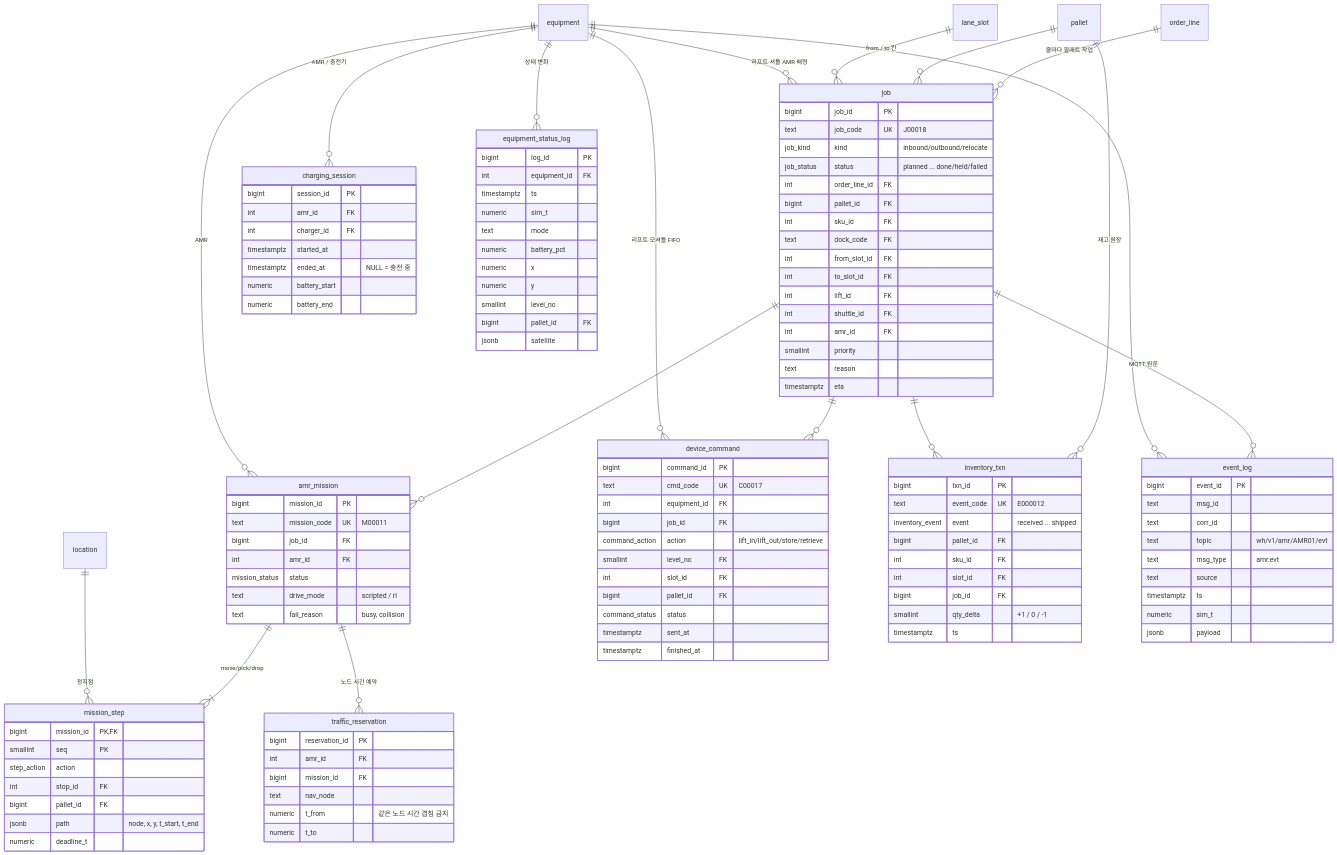
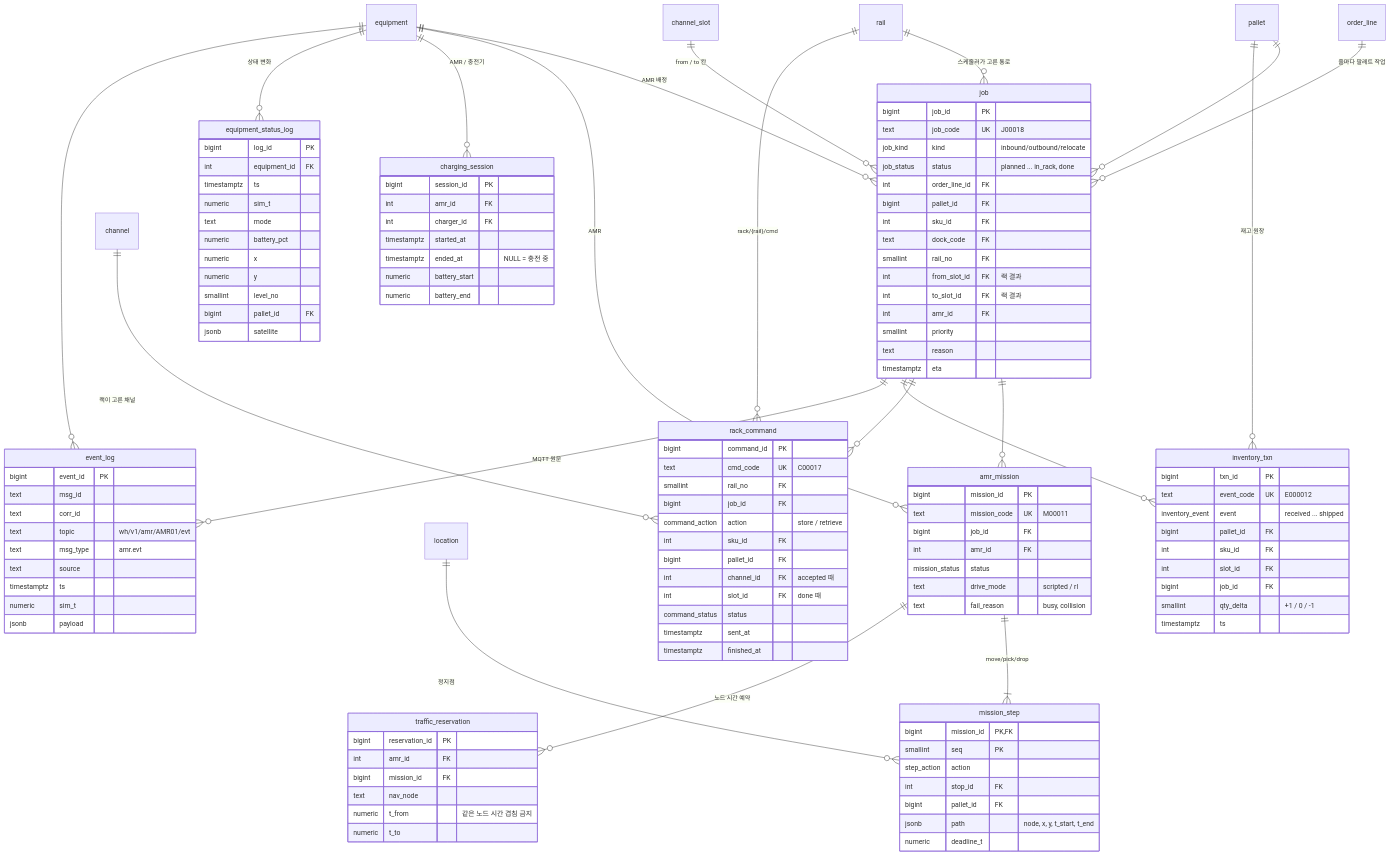
The third of 3 diagrams in docs/database/README.md (jml94-back/Fulfillment_Algorithm), drawn with Mermaid before and after one commit. The commit also changed other lines of this file and 3 other files, not shown here.

First line of the commit message:
docs(db): 확정된 Unity ID 규칙과 rack/{rail} 연동에 맞춤

````diff
--- a/docs/database/README.md
+++ b/docs/database/README.md
@@ -224,16 +224,18 @@
 ```mermaid
 erDiagram
     order_line  ||--o{ job : "줄마다 팔레트 작업"
+    rail        ||--o{ job : "스케줄러가 고른 통로"
     pallet      ||--o{ job : ""
-    lane_slot   ||--o{ job : "from / to 칸"
-    equipment   ||--o{ job : "리프트·셔틀·AMR 배정"
+    channel_slot   ||--o{ job : "from / to 칸"
+    equipment   ||--o{ job : "AMR 배정"
     job         ||--o{ amr_mission : ""
     equipment   ||--o{ amr_mission : "AMR"
     amr_mission ||--|{ mission_step : "move/pick/drop"
     location    ||--o{ mission_step : "정지점"
     amr_mission ||--o{ traffic_reservation : "노드 시간 예약"
-    job         ||--o{ device_command : ""
-    equipment   ||--o{ device_command : "리프트·모셔틀 FIFO"
+    job         ||--o{ rack_command : ""
+    rail        ||--o{ rack_command : "rack/{rail}/cmd"
+    channel     ||--o{ rack_command : "랙이 고른 채널"
     equipment   ||--o{ charging_session : "AMR / 충전기"
     equipment   ||--o{ equipment_status_log : "상태 변화"
     pallet      ||--o{ inventory_txn : "재고 원장"
@@ -245,15 +247,14 @@
         bigint job_id PK
         text job_code UK "J00018"
         job_kind kind "inbound/outbound/relocate"
-        job_status status "planned ... done/held/failed"
+        job_status status "planned ... in_rack, done"
         int order_line_id FK
         bigint pallet_id FK
         int sku_id FK
         text dock_code FK
-        int from_slot_id FK
-        int to_slot_id FK
-        int lift_id FK
-        int shuttle_id FK
+        smallint rail_no FK
+        int from_slot_id FK "랙 결과"
+        int to_slot_id FK "랙 결과"
         int amr_id FK
         smallint priority
         text reason
@@ -285,15 +286,16 @@
         numeric t_from "같은 노드 시간 겹침 금지"
         numeric t_to
     }
-    device_command {
+    rack_command {
         bigint command_id PK
         text cmd_code UK "C00017"
-        int equipment_id FK
+        smallint rail_no FK
         bigint job_id FK
-        command_action action "lift_in/lift_out/store/retrieve"
-        smallint level_no FK
-        int slot_id FK
+        command_action action "store / retrieve"
+        int sku_id FK
         bigint pallet_id FK
+        int channel_id FK "accepted 때"
+        int slot_id FK "done 때"
         command_status status
         timestamptz sent_at
         timestamptz finished_at
````
